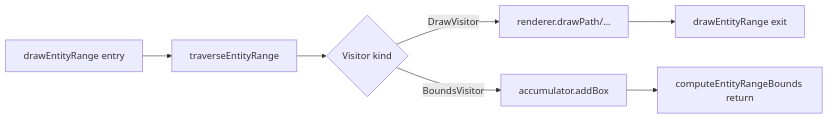
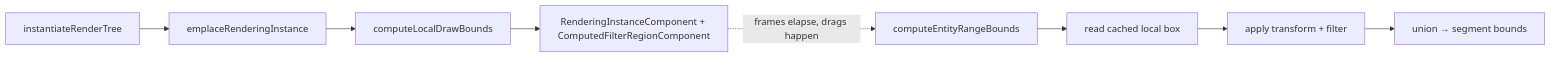
Before and after one commit to jwmcglynn/donner: the diagram in docs/design_docs/0027-tight_bounded_segments.md, drawn with Mermaid. The commit also changed other lines of this file and 50 other files, not shown here.

````diff
--- a/docs/design_docs/0027-tight_bounded_segments.md
+++ b/docs/design_docs/0027-tight_bounded_segments.md
@@ -182,9 +356,10 @@
 ```mermaid
 flowchart LR
-  A[drawEntityRange entry] --> B[traverseEntityRange]
-  B --> C{Visitor kind}
-  C -->|DrawVisitor| D[renderer.drawPath/...]
-  C -->|BoundsVisitor| E[accumulator.addBox]
-  E --> F[computeEntityRangeBounds return]
-  D --> G[drawEntityRange exit]
+  A[instantiateRenderTree] --> B[emplaceRenderingInstance]
+  B --> C[computeLocalDrawBounds]
+  C --> D[RenderingInstanceComponent + ComputedFilterRegionComponent]
+  D -. frames elapse, drags happen .-> E[computeEntityRangeBounds]
+  E --> F[read cached local box]
+  F --> G[apply transform + filter]
+  G --> H[union → segment bounds]
 ```
````
